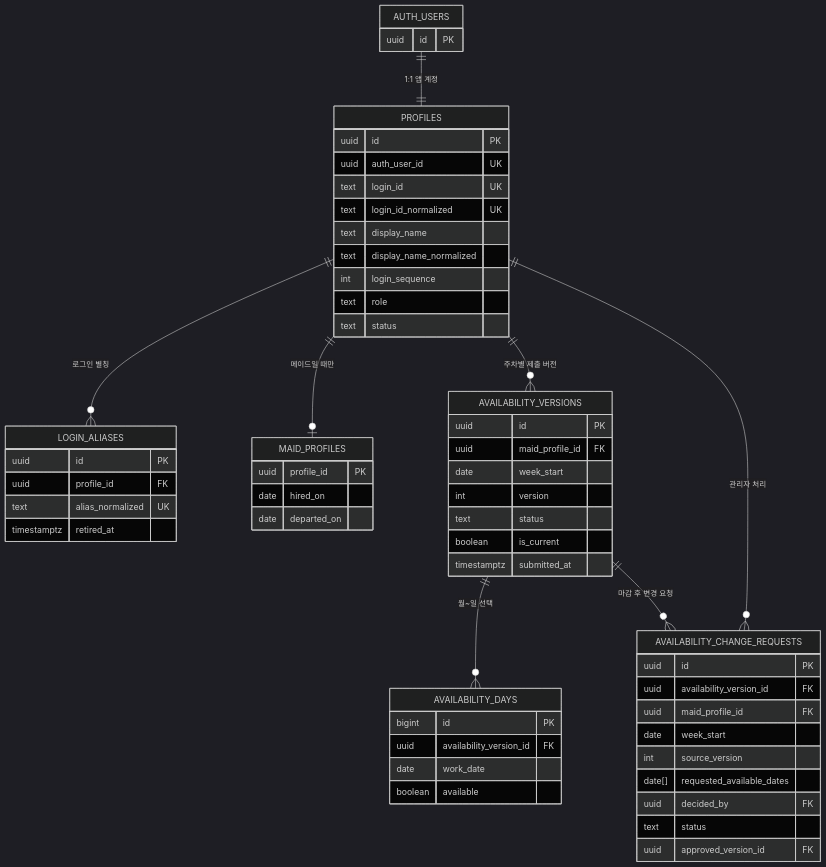
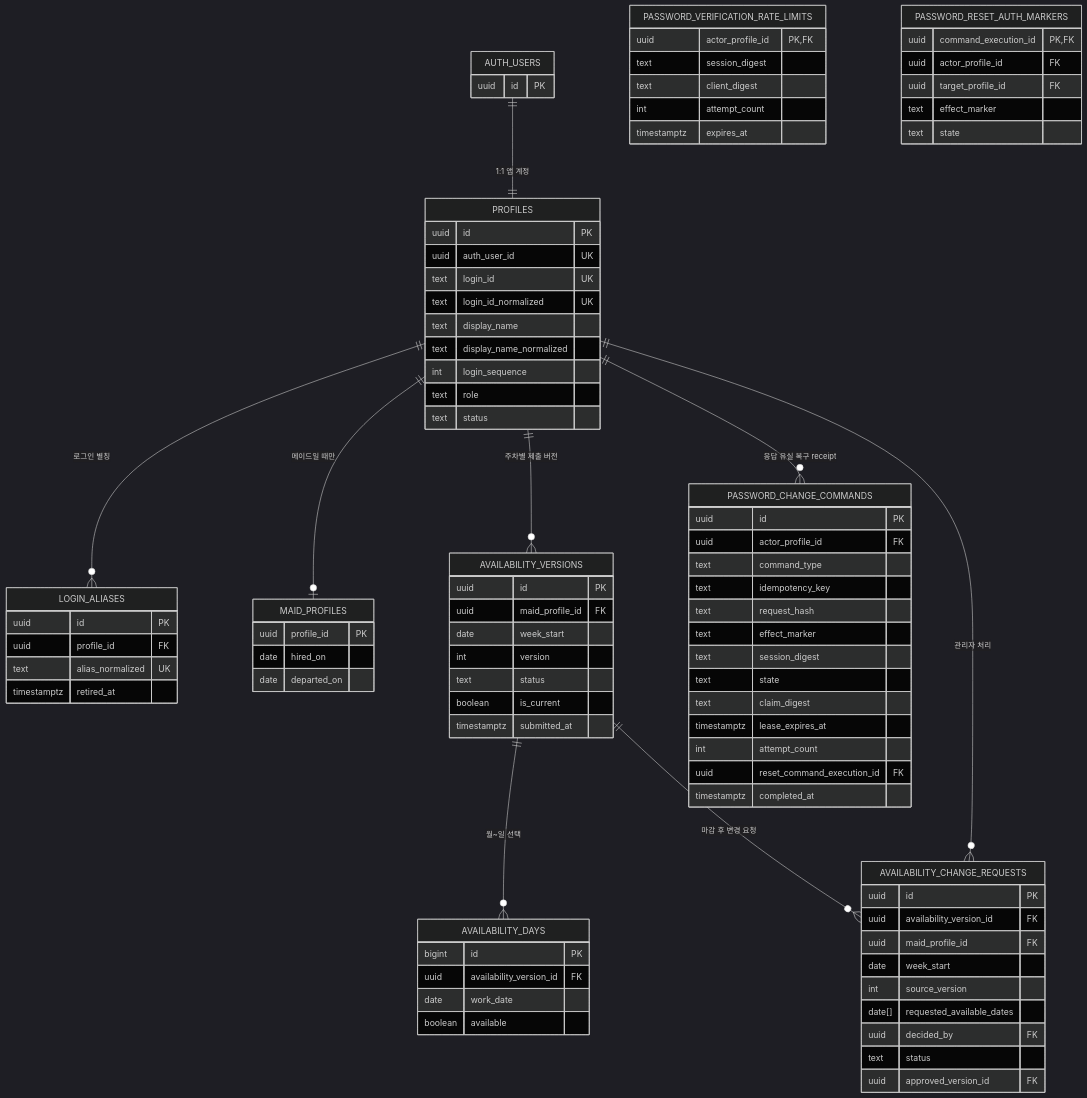
Before and after one commit to wrongstory/room-management-system-backend: the second of 13 diagrams in docs/ERD.md, drawn with Mermaid (dark theme). The commit also changed other lines of this file and 369 other files, not shown here.

````diff
--- a/docs/ERD.md
+++ b/docs/ERD.md
@@ -41,6 +42,7 @@
   AVAILABILITY_VERSIONS ||--o{ AVAILABILITY_DAYS : "월~일 선택"
   AVAILABILITY_VERSIONS ||--o{ AVAILABILITY_CHANGE_REQUESTS : "마감 후 변경 요청"
   PROFILES ||--o{ AVAILABILITY_CHANGE_REQUESTS : "관리자 처리"
+  PROFILES ||--o{ PASSWORD_CHANGE_COMMANDS : "응답 유실 복구 receipt"
 
   AUTH_USERS {
     uuid id PK
@@ -93,4 +95,33 @@
     text status
     uuid approved_version_id FK
   }
+  PASSWORD_CHANGE_COMMANDS {
+    uuid id PK
+    uuid actor_profile_id FK
+    text command_type
+    text idempotency_key
+    text request_hash
+    text effect_marker
+    text session_digest
+    text state
+    text claim_digest
+    timestamptz lease_expires_at
+    int attempt_count
+    uuid reset_command_execution_id FK
+    timestamptz completed_at
+  }
+  PASSWORD_VERIFICATION_RATE_LIMITS {
+    uuid actor_profile_id PK,FK
+    text session_digest
+    text client_digest
+    int attempt_count
+    timestamptz expires_at
+  }
+  PASSWORD_RESET_AUTH_MARKERS {
+    uuid command_execution_id PK,FK
+    uuid actor_profile_id FK
+    uuid target_profile_id FK
+    text effect_marker
+    text state
+  }
 ```
````
